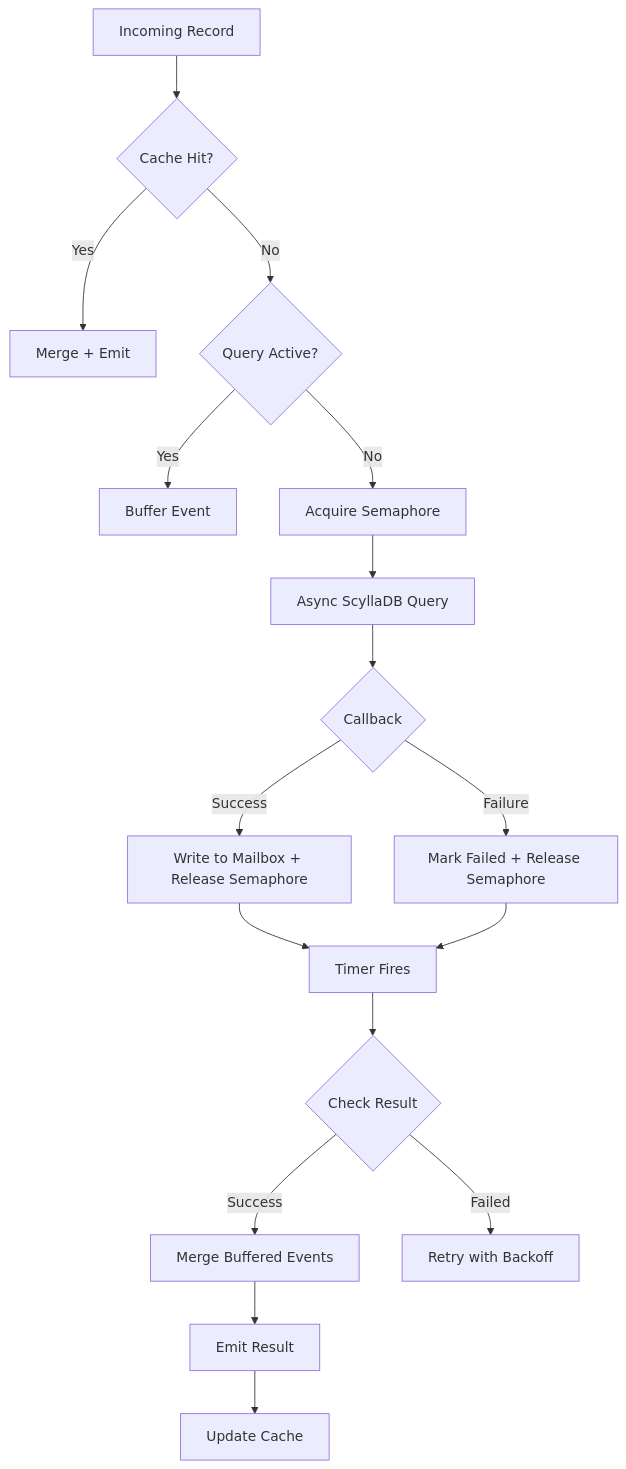
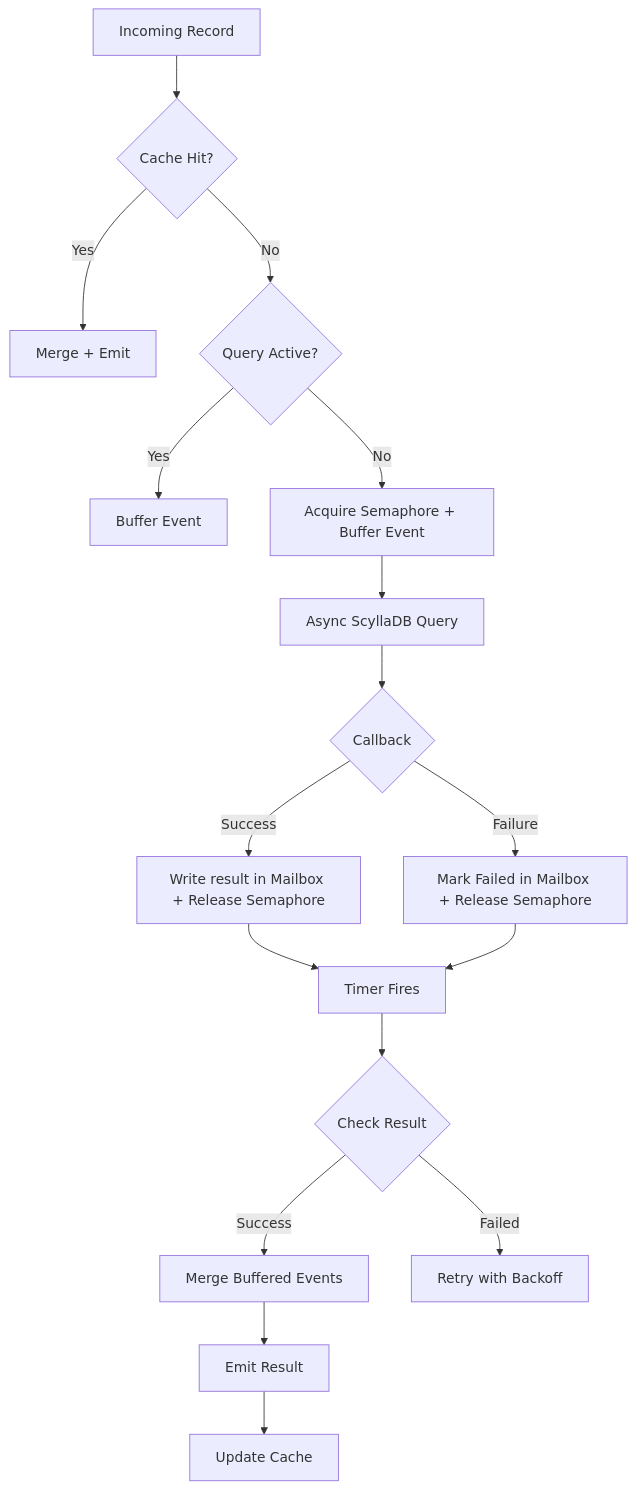
Before and after one commit to scaars10/scaars10.github.io: the diagram in posts/stateful-async.md, drawn with Mermaid.

Commit message:
Graph update

````diff
--- a/posts/stateful-async.md
+++ b/posts/stateful-async.md
@@ -94,25 +94,25 @@
 ```mermaid
 graph TD
     Start[Incoming Record] --> CheckCache{Cache Hit?}
     CheckCache -- Yes --> MergeEmit[Merge + Emit]
     CheckCache -- No --> QueryActive{Query Active?}
     
     QueryActive -- Yes --> Buffer[Buffer Event]
-    QueryActive -- No --> AcquireSem[Acquire Semaphore]
+    QueryActive -- No --> AcquireSem[Acquire Semaphore + Buffer Event]
     
     AcquireSem --> AsyncQuery[Async ScyllaDB Query]
     AsyncQuery --> Callback{Callback}
     
-    Callback -- Success --> WriteMailbox[Write to Mailbox + Release Semaphore]
-    Callback -- Failure --> MarkFailed[Mark Failed + Release Semaphore]
+    Callback -- Success --> WriteMailbox[Write result in Mailbox + Release Semaphore]
+    Callback -- Failure --> MarkFailed[Mark Failed in Mailbox + Release Semaphore]
     
     WriteMailbox --> TimerFires[Timer Fires]
     MarkFailed --> TimerFires
     
     TimerFires --> CheckResult{Check Result}
     CheckResult -- Success --> MergeAll[Merge Buffered Events]
     CheckResult -- Failed --> Retry[Retry with Backoff]
     
     MergeAll --> EmitResult[Emit Result]
     EmitResult --> UpdateCache[Update Cache]
 ```
````
